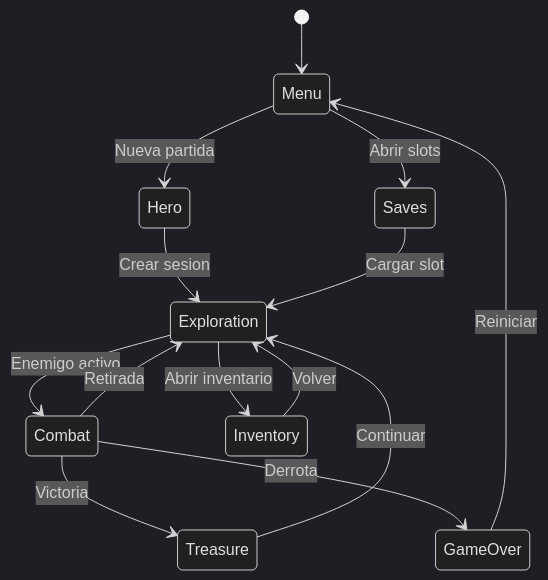
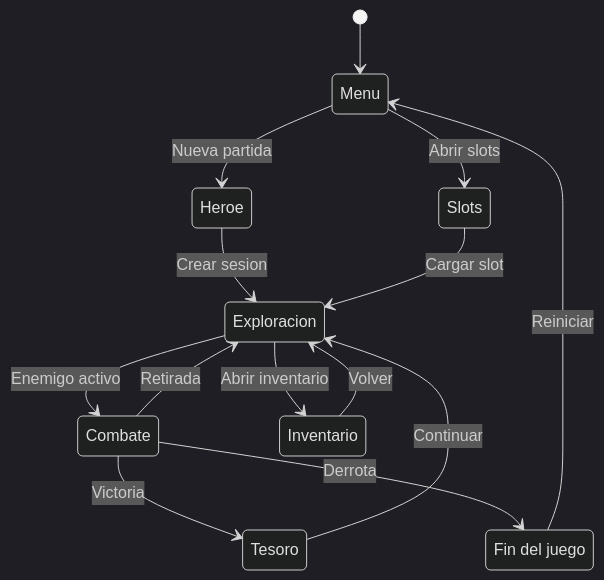
One commit to Craos6518/dungeon-crawler-patterns changed the first of 2 diagrams in docs/01-product/Especificacion_Requerimientos_Sistema_ISO29148.md. Above: the diagram before and after it, drawn with Mermaid (dark theme). The commit also changed other lines of this file and 11 other files, not shown here.

Commit message:
refactor: actualizar diagramas y terminología en la documentación de patrones

````diff
--- a/docs/01-product/Especificacion_Requerimientos_Sistema_ISO29148.md
+++ b/docs/01-product/Especificacion_Requerimientos_Sistema_ISO29148.md
@@ -100,16 +100,25 @@
 ```mermaid
 stateDiagram
+    state "Menu" as Menu
+    state "Heroe" as Heroe
+    state "Slots" as Slots
+    state "Exploracion" as Exploracion
+    state "Combate" as Combate
+    state "Tesoro" as Tesoro
+    state "Fin del juego" as FinDelJuego
+    state "Inventario" as Inventario
+
     [*] --> Menu
-    Menu --> Hero : Nueva partida
-    Menu --> Saves : Abrir slots
-    Hero --> Exploration : Crear sesion
-    Saves --> Exploration : Cargar slot
-    Exploration --> Combat : Enemigo activo
-    Combat --> Treasure : Victoria
-    Combat --> GameOver : Derrota
-    Combat --> Exploration : Retirada
-    Treasure --> Exploration : Continuar
-    Exploration --> Inventory : Abrir inventario
-    Inventory --> Exploration : Volver
-    GameOver --> Menu : Reiniciar
+    Menu --> Heroe : Nueva partida
+    Menu --> Slots : Abrir slots
+    Heroe --> Exploracion : Crear sesion
+    Slots --> Exploracion : Cargar slot
+    Exploracion --> Combate : Enemigo activo
+    Combate --> Tesoro : Victoria
+    Combate --> FinDelJuego : Derrota
+    Combate --> Exploracion : Retirada
+    Tesoro --> Exploracion : Continuar
+    Exploracion --> Inventario : Abrir inventario
+    Inventario --> Exploracion : Volver
+    FinDelJuego --> Menu : Reiniciar
 ```
````
